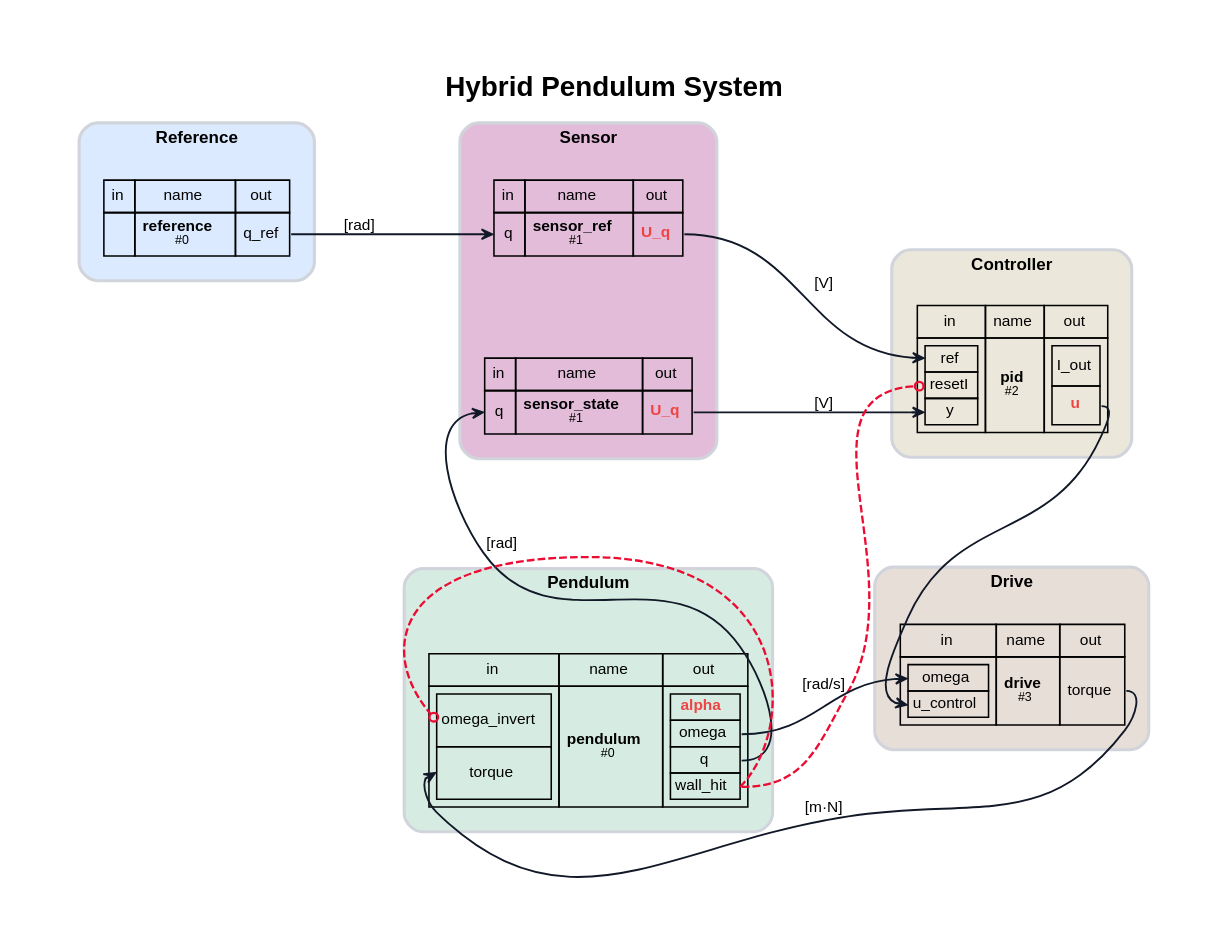
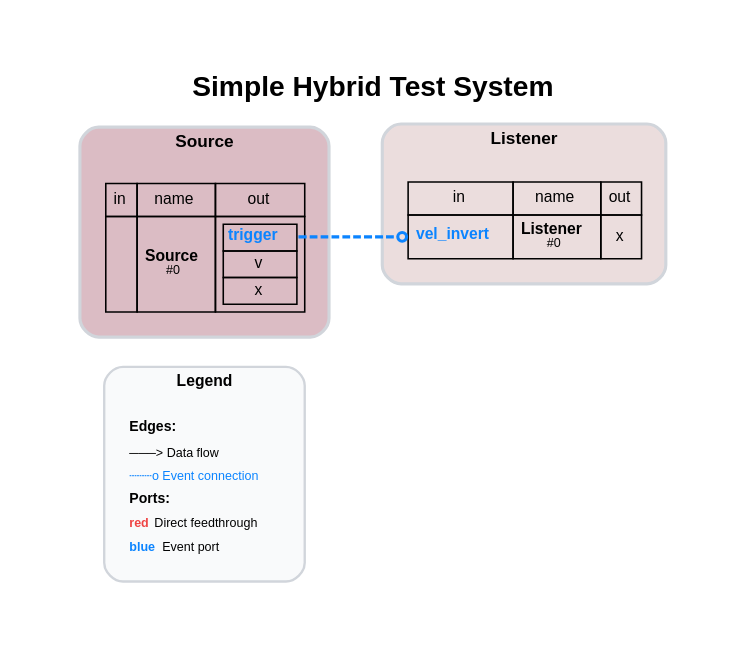
The diagram in demos/ControlledPendulum/MyModels/Hybrid/Digraph.gv (FlorianFrech/SystemSimulation), drawn with Graphviz before and after one commit. The commit also changed 26 other files, not shown here.

```diff
--- a/demos/ControlledPendulum/MyModels/Hybrid/Digraph.gv
+++ b/demos/ControlledPendulum/MyModels/Hybrid/Digraph.gv
@@ -1,36 +1,28 @@
-// System: Hybrid Pendulum System
+// System: Simple Hybrid Test System
 digraph {
-	graph [bgcolor=white compound=true esep=0 fontname="Helvetica-Bold" fontsize=18 label="Hybrid Pendulum System" labelloc=t margin=0.2 nodesep=0.8 pad=0.5 rankdir=LR ranksep=0.8 sep=0 splines=true]
+	graph [bgcolor=white compound=true esep=0 fontname="Helvetica-Bold" fontsize=18 label="Simple Hybrid Test System" labelloc=t margin=0.2 nodesep=0.8 pad=0.5 rankdir=LR ranksep=0.8 sep=0 splines=true]
 	node [fillcolor=white fontname=Helvetica fontsize=10 margin="0.05,0.05" shape=plaintext style=""]
 	edge [arrowhead=vee arrowsize=0.7 arrowtail=none color="#111827" dir=forward fontname=Helvetica fontsize=10 labelangle=45 labelfontcolor="#374151" minlen=1.2 penwidth=1.2]
-	subgraph cluster_Reference {
-		bgcolor="#dbeafe" color="#d1d5db" fontname="Helvetica-Bold" fontsize=11 label=Reference margin=12 penwidth=2 style=rounded
-		reference [label=<<TABLE BORDER="0" CELLBORDER="1" CELLSPACING="0" CELLPADDING="4"><TR><TD>in</TD><TD>name</TD><TD>out</TD></TR><TR><TD></TD><TD><B>reference</B><BR/><FONT POINT-SIZE="8">#0</FONT></TD><TD PORT="q_ref">q_ref</TD></TR></TABLE>>]
+	subgraph cluster_legend {
+		bgcolor="#f9fafb" color="#d1d5db" fontname="Helvetica-Bold" fontsize=10 label=Legend margin=8 penwidth=1.5 rank=sink style=rounded
+		legend_node [label=<
+            <TABLE BORDER="0" CELLBORDER="0" CELLSPACING="2" CELLPADDING="2">
+                <TR><TD ALIGN="LEFT"><FONT POINT-SIZE="9"><B>Edges:</B></FONT></TD></TR>
+                <TR><TD ALIGN="LEFT"><FONT POINT-SIZE="8">───&gt; Data flow</FONT></TD></TR>
+                <TR><TD ALIGN="LEFT"><FONT POINT-SIZE="8" COLOR="#0b84ff">┄┄┄o Event connection</FONT></TD></TR>
+                <TR><TD ALIGN="LEFT"><FONT POINT-SIZE="9"><B>Ports:</B></FONT></TD></TR>
+                <TR><TD ALIGN="LEFT"><FONT POINT-SIZE="8" COLOR="#ef4444"><B>red</B></FONT> Direct feedthrough</TD></TR>
+                <TR><TD ALIGN="LEFT"><FONT POINT-SIZE="8" COLOR="#0b84ff"><B>blue</B></FONT> Event port</TD></TR>
+            </TABLE>
+            > fontsize=8 shape=plaintext]
 	}
-	subgraph cluster_Sensor {
-		bgcolor="#e2bcd9" color="#d1d5db" fontname="Helvetica-Bold" fontsize=11 label=Sensor margin=12 penwidth=2 style=rounded
-		sensor_ref [label=<<TABLE BORDER="0" CELLBORDER="1" CELLSPACING="0" CELLPADDING="4"><TR><TD>in</TD><TD>name</TD><TD>out</TD></TR><TR><TD PORT="q">q</TD><TD><B>sensor_ref</B><BR/><FONT POINT-SIZE="8">#1</FONT></TD><TD PORT="U_q"><FONT COLOR="#ef4444"><B>U_q</B></FONT></TD></TR></TABLE>>]
-		sensor_state [label=<<TABLE BORDER="0" CELLBORDER="1" CELLSPACING="0" CELLPADDING="4"><TR><TD>in</TD><TD>name</TD><TD>out</TD></TR><TR><TD PORT="q">q</TD><TD><B>sensor_state</B><BR/><FONT POINT-SIZE="8">#1</FONT></TD><TD PORT="U_q"><FONT COLOR="#ef4444"><B>U_q</B></FONT></TD></TR></TABLE>>]
+	subgraph cluster_Source {
+		bgcolor="#dbbcc4" color="#d1d5db" fontname="Helvetica-Bold" fontsize=11 label=Source margin=12 penwidth=2 style=rounded
+		Source [label=<<TABLE BORDER="0" CELLBORDER="1" CELLSPACING="0" CELLPADDING="4"><TR><TD>in</TD><TD>name</TD><TD>out</TD></TR><TR><TD></TD><TD><B>Source</B><BR/><FONT POINT-SIZE="8">#0</FONT></TD><TD><TABLE BORDER="0" CELLBORDER="1" CELLSPACING="0" CELLPADDING="2"><TR><TD PORT="trigger"><FONT COLOR="#0b84ff"><B>trigger</B></FONT></TD></TR><TR><TD PORT="v">v</TD></TR><TR><TD PORT="x">x</TD></TR></TABLE></TD></TR></TABLE>>]
 	}
-	subgraph cluster_Controller {
-		bgcolor="#ebe7da" color="#d1d5db" fontname="Helvetica-Bold" fontsize=11 label=Controller margin=12 penwidth=2 style=rounded
-		pid [label=<<TABLE BORDER="0" CELLBORDER="1" CELLSPACING="0" CELLPADDING="4"><TR><TD>in</TD><TD>name</TD><TD>out</TD></TR><TR><TD><TABLE BORDER="0" CELLBORDER="1" CELLSPACING="0" CELLPADDING="2"><TR><TD PORT="ref">ref</TD></TR><TR><TD PORT="resetI">resetI</TD></TR><TR><TD PORT="y">y</TD></TR></TABLE></TD><TD><B>pid</B><BR/><FONT POINT-SIZE="8">#2</FONT></TD><TD><TABLE BORDER="0" CELLBORDER="1" CELLSPACING="0" CELLPADDING="2"><TR><TD PORT="I_out">I_out</TD></TR><TR><TD PORT="u"><FONT COLOR="#ef4444"><B>u</B></FONT></TD></TR></TABLE></TD></TR></TABLE>>]
+	subgraph cluster_Listener {
+		bgcolor="#ebdddd" color="#d1d5db" fontname="Helvetica-Bold" fontsize=11 label=Listener margin=12 penwidth=2 style=rounded
+		Listener [label=<<TABLE BORDER="0" CELLBORDER="1" CELLSPACING="0" CELLPADDING="4"><TR><TD>in</TD><TD>name</TD><TD>out</TD></TR><TR><TD PORT="vel_invert"><FONT COLOR="#0b84ff"><B>vel_invert</B></FONT></TD><TD><B>Listener</B><BR/><FONT POINT-SIZE="8">#0</FONT></TD><TD PORT="x">x</TD></TR></TABLE>>]
 	}
-	subgraph cluster_Drive {
-		bgcolor="#e8ded8" color="#d1d5db" fontname="Helvetica-Bold" fontsize=11 label=Drive margin=12 penwidth=2 style=rounded
-		drive [label=<<TABLE BORDER="0" CELLBORDER="1" CELLSPACING="0" CELLPADDING="4"><TR><TD>in</TD><TD>name</TD><TD>out</TD></TR><TR><TD><TABLE BORDER="0" CELLBORDER="1" CELLSPACING="0" CELLPADDING="2"><TR><TD PORT="omega">omega</TD></TR><TR><TD PORT="u_control">u_control</TD></TR></TABLE></TD><TD><B>drive</B><BR/><FONT POINT-SIZE="8">#3</FONT></TD><TD PORT="torque">torque</TD></TR></TABLE>>]
-	}
-	subgraph cluster_Pendulum {
-		bgcolor="#d6ece2" color="#d1d5db" fontname="Helvetica-Bold" fontsize=11 label=Pendulum margin=12 penwidth=2 style=rounded
-		pendulum [label=<<TABLE BORDER="0" CELLBORDER="1" CELLSPACING="0" CELLPADDING="4"><TR><TD>in</TD><TD>name</TD><TD>out</TD></TR><TR><TD><TABLE BORDER="0" CELLBORDER="1" CELLSPACING="0" CELLPADDING="2"><TR><TD PORT="omega_invert">omega_invert</TD></TR><TR><TD PORT="torque">torque</TD></TR></TABLE></TD><TD><B>pendulum</B><BR/><FONT POINT-SIZE="8">#0</FONT></TD><TD><TABLE BORDER="0" CELLBORDER="1" CELLSPACING="0" CELLPADDING="2"><TR><TD PORT="alpha"><FONT COLOR="#ef4444"><B>alpha</B></FONT></TD></TR><TR><TD PORT="omega">omega</TD></TR><TR><TD PORT="q">q</TD></TR><TR><TD PORT="wall_hit">wall_hit</TD></TR></TABLE></TD></TR></TABLE>>]
-	}
-	reference -> sensor_ref [label="[rad]" color="#111827" headclip=true headport="q:w" style=solid tailclip=true tailport="q_ref:e"]
-	pendulum -> sensor_state [label="[rad]" color="#111827" headclip=true headport="q:w" style=solid tailclip=true tailport="q:e"]
-	sensor_ref -> pid [label="[V]" color="#111827" headclip=true headport="ref:w" style=solid tailclip=true tailport="U_q:e"]
-	sensor_state -> pid [label="[V]" color="#111827" headclip=true headport="y:w" style=solid tailclip=true tailport="U_q:e"]
-	pid -> drive [label="" color="#111827" headclip=true headport="u_control:w" style=solid tailclip=true tailport="u:e"]
-	drive -> pendulum [label="[m·N]" color="#111827" headclip=true headport="torque:w" style=solid tailclip=true tailport="torque:e"]
-	pendulum -> drive [label="[rad/s]" color="#111827" headclip=true headport="omega:w" style=solid tailclip=true tailport="omega:e"]
-	pendulum -> pid [label="" arrowhead=odot color="#ec0b31" fontcolor="#ec0b31" headclip=true headport="resetI:w" penwidth=1.5 style=dashed tailclip=true tailport="wall_hit:e"]
-	pendulum -> pendulum [label="" arrowhead=odot color="#ec0b31" fontcolor="#ec0b31" headclip=true headport="omega_invert:w" penwidth=1.5 style=dashed tailclip=true tailport="wall_hit:e"]
+	Source -> Listener [label="" arrowhead=odot color="#0b84ff" fontcolor="#0b84ff" headclip=true headport="vel_invert:w" penwidth=2.0 style=dashed tailclip=true tailport="trigger:e"]
 }
```
